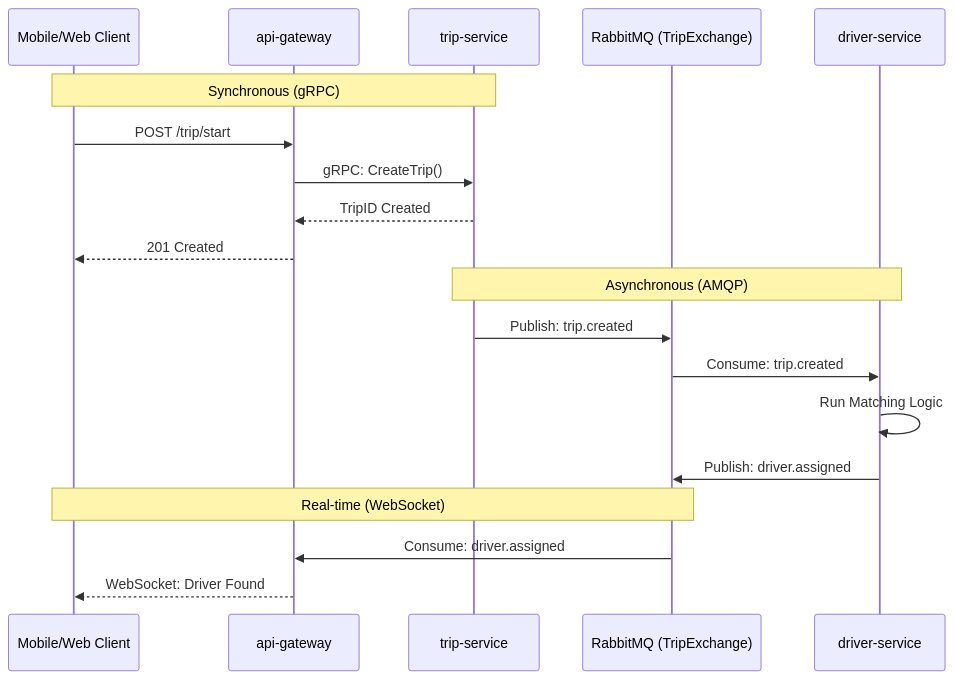
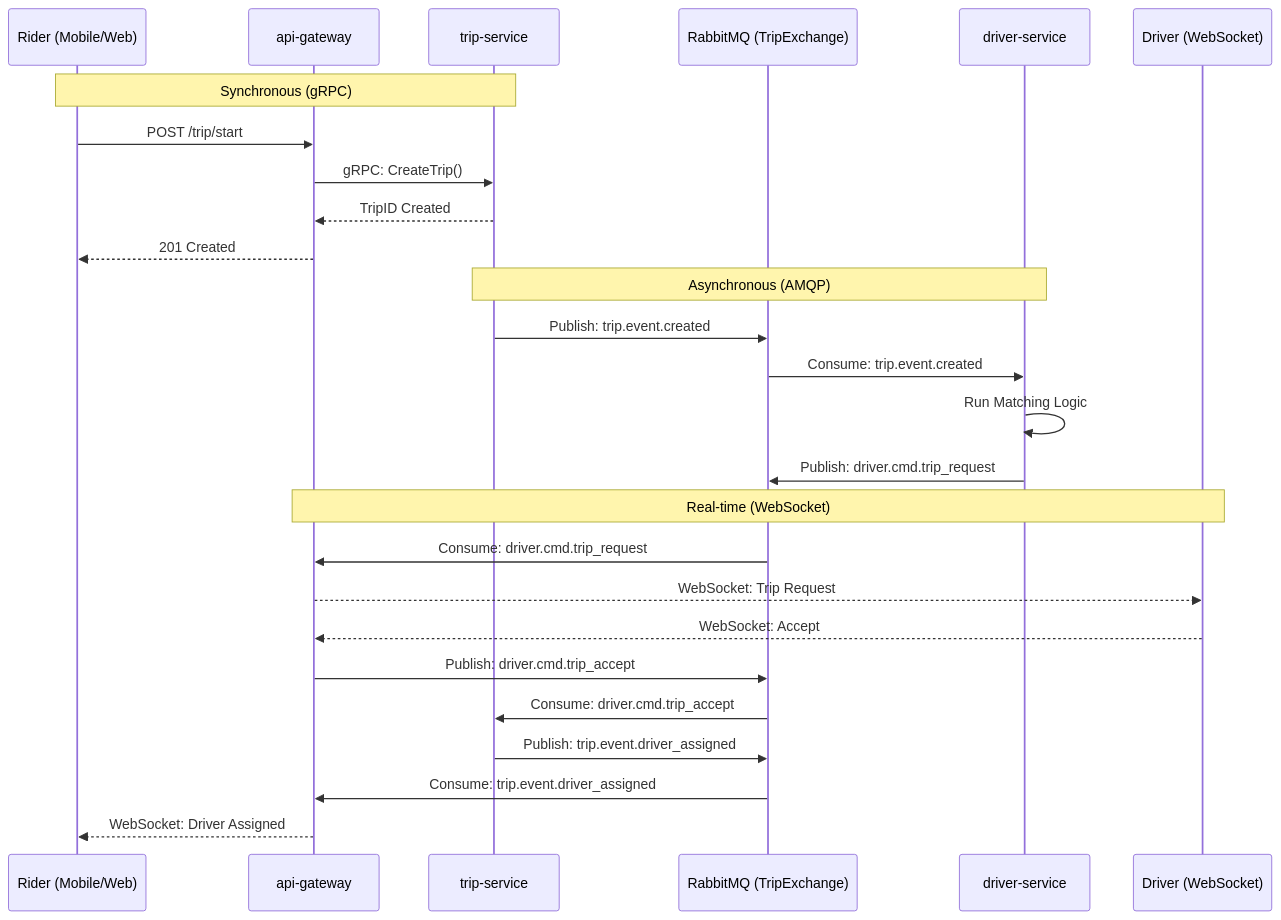
One commit to RushikeshBhavsar3605/RideSync changed the second of 2 diagrams in README.md. Above: the diagram before and after it, drawn with Mermaid. The commit also changed other lines of this file, not shown here.

Commit message:
fix: README.md file

````diff
--- a/README.md
+++ b/README.md
@@ -142,24 +141,31 @@
 ```mermaid
 sequenceDiagram
-    participant C as Mobile/Web Client
+    participant R as Rider (Mobile/Web)
     participant G as api-gateway
     participant T as trip-service
     participant Q as RabbitMQ (TripExchange)
     participant D as driver-service
+    participant W as Driver (WebSocket)
 
-    note over C,T: Synchronous (gRPC)
-    C->>G: POST /trip/start
+    note over R,T: Synchronous (gRPC)
+    R->>G: POST /trip/start
     G->>T: gRPC: CreateTrip()
     T-->>G: TripID Created
-    G-->>C: 201 Created
+    G-->>R: 201 Created
 
     note over T,D: Asynchronous (AMQP)
-    T->>Q: Publish: trip.created
-    Q->>D: Consume: trip.created
-        D->>D: Run Matching Logic
-    D->>Q: Publish: driver.assigned
+    T->>Q: Publish: trip.event.created
+    Q->>D: Consume: trip.event.created
+    D->>D: Run Matching Logic
+    D->>Q: Publish: driver.cmd.trip_request
 
-    note over C,Q: Real-time (WebSocket)
-    Q->>G: Consume: driver.assigned
-    G-->>C: WebSocket: Driver Found
+    note over G,W: Real-time (WebSocket)
+    Q->>G: Consume: driver.cmd.trip_request
+    G-->>W: WebSocket: Trip Request
+    W-->>G: WebSocket: Accept
+    G->>Q: Publish: driver.cmd.trip_accept
+    Q->>T: Consume: driver.cmd.trip_accept
+    T->>Q: Publish: trip.event.driver_assigned
+    Q->>G: Consume: trip.event.driver_assigned
+    G-->>R: WebSocket: Driver Assigned
 ```
````
